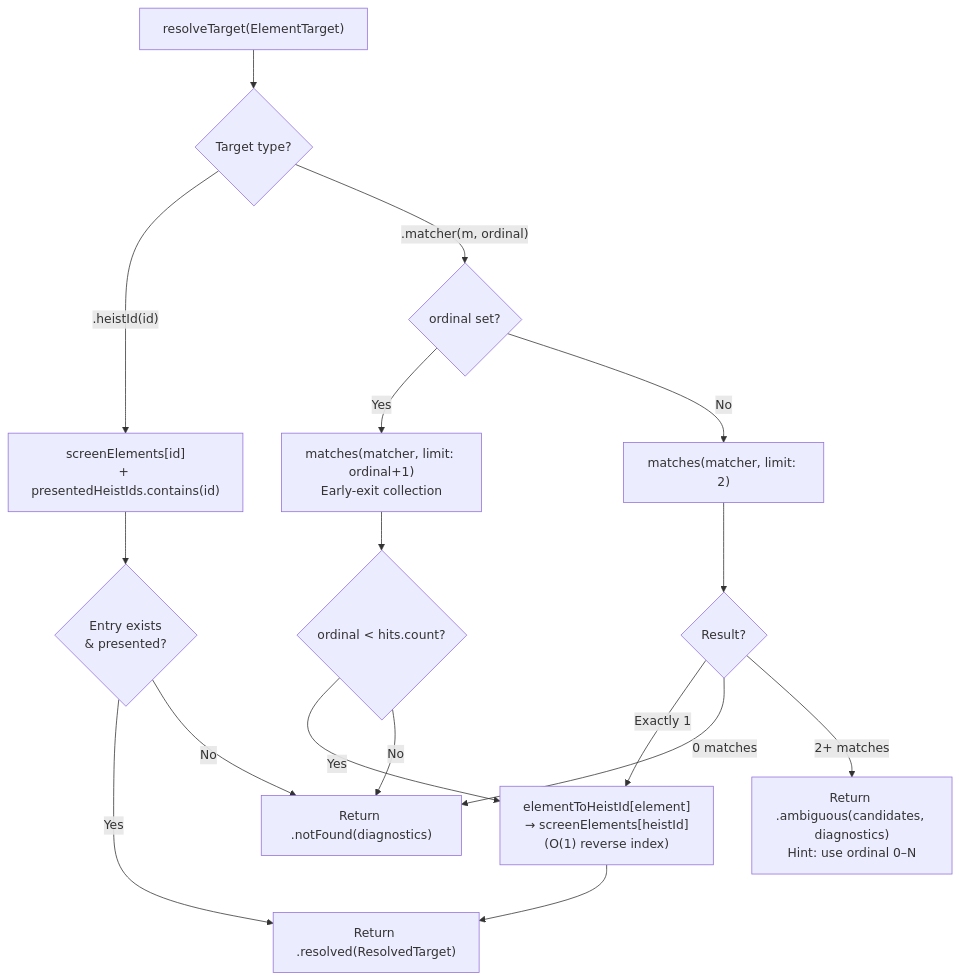
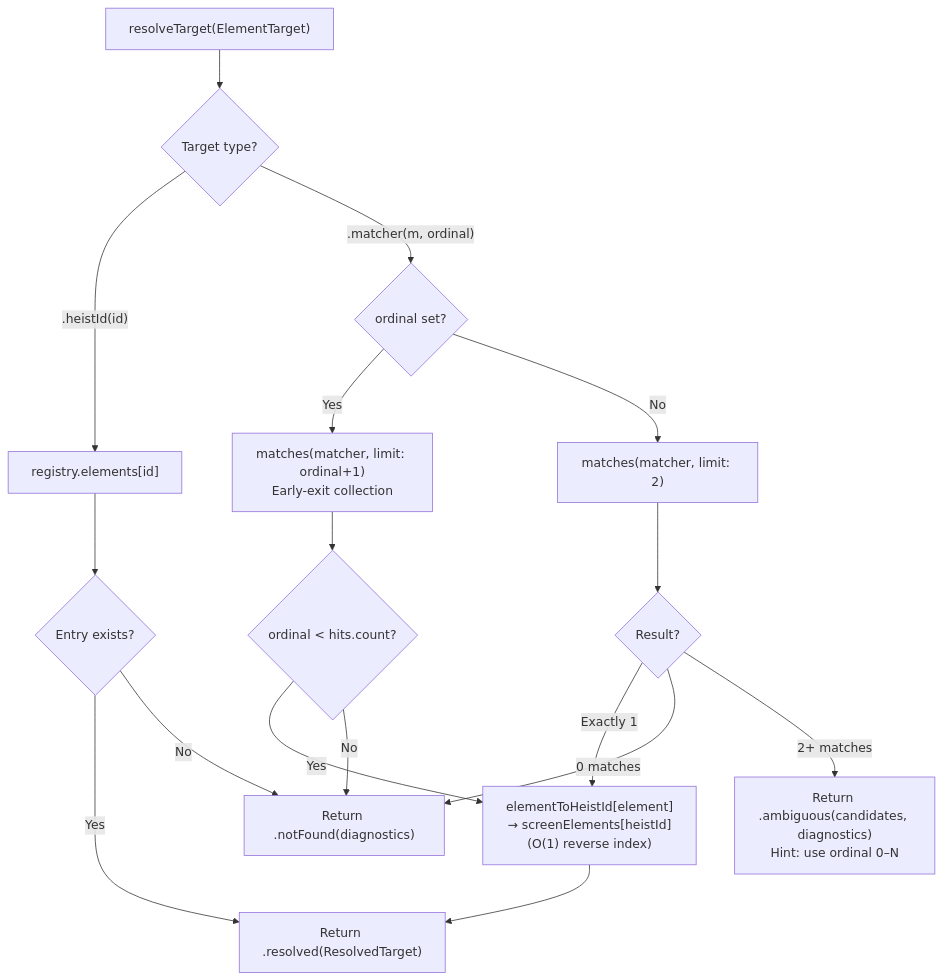
The sixth of 7 diagrams in docs/dossiers/13-THEBAGMAN.md (RoyalPineapple/TheButtonHeist), drawn with Mermaid before and after one commit. The commit also changed other lines of this file and 25 other files, not shown here.

````diff
--- a/docs/dossiers/13-THEBAGMAN.md
+++ b/docs/dossiers/13-THEBAGMAN.md
@@ -172,21 +171,21 @@
 ```mermaid
 flowchart TD
     A["resolveTarget(ElementTarget)"] --> B{Target type?}
-    B -->|".heistId(id)"| C["screenElements[id]<br/>+ presentedHeistIds.contains(id)"]
-    C --> D{Entry exists<br/>& presented?}
+    B -->|".heistId(id)"| C["registry.elements[id]"]
+    C --> D{Entry exists?}
     D -->|Yes| E["Return .resolved(ResolvedTarget)"]
     D -->|No| F["Return .notFound(diagnostics)"]
 
     B -->|".matcher(m, ordinal)"| G{ordinal set?}
     G -->|Yes| ORD["matches(matcher, limit: ordinal+1)<br/>Early-exit collection"]
     ORD --> ORDCHK{ordinal < hits.count?}
     ORDCHK -->|Yes| I["elementToHeistId[element]<br/>→ screenElements[heistId]<br/>(O(1) reverse index)"]
     I --> E
     ORDCHK -->|No| F
 
     G -->|No| H["matches(matcher, limit: 2)"]
     H --> K{Result?}
     K -->|Exactly 1| I
     K -->|0 matches| F
     K -->|2+ matches| AMB["Return .ambiguous(candidates, diagnostics)<br/>Hint: use ordinal 0–N"]
 ```
````
